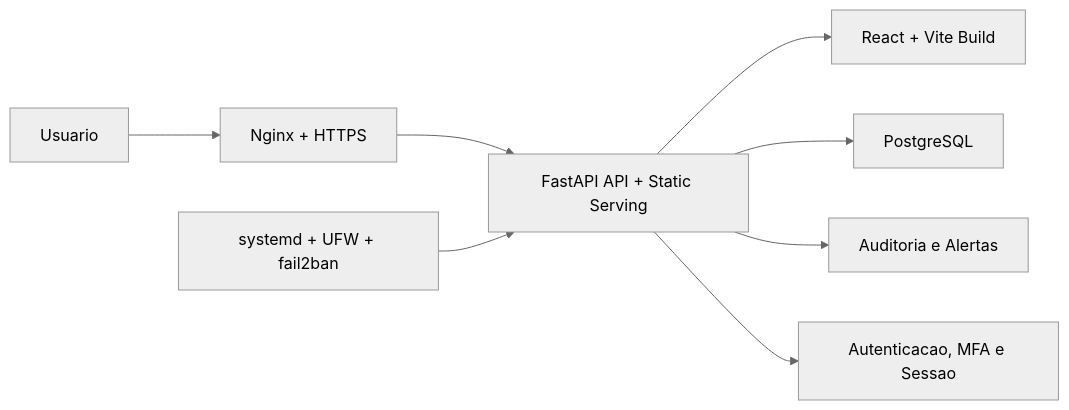
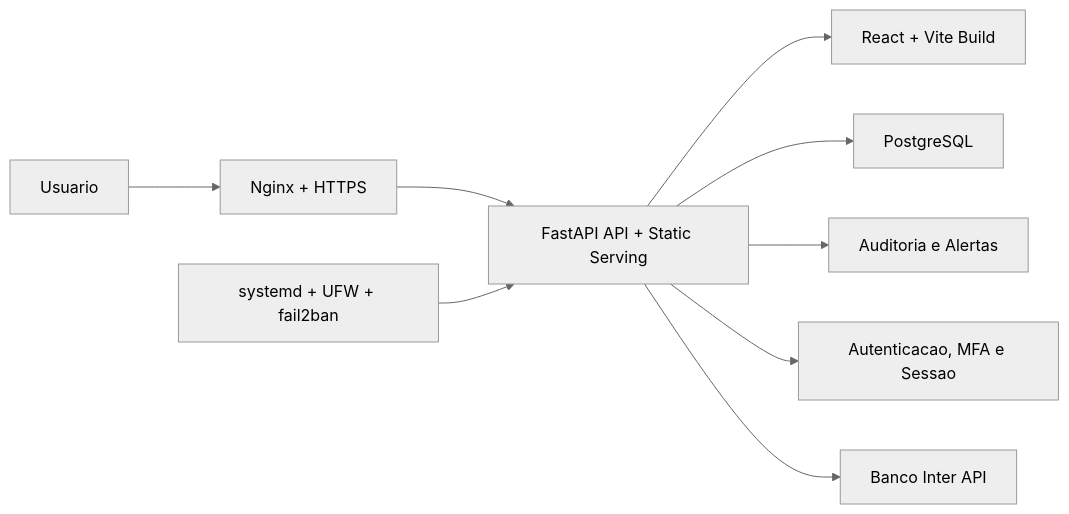
One commit to lucasmef/salomao changed the diagram in README.md. Above: the diagram before and after it, drawn with Mermaid (neutral theme). The commit also changed other lines of this file, not shown here.

Commit message:
docs: update readme with inter api integration

````diff
--- a/README.md
+++ b/README.md
@@ -61,10 +77,11 @@
 ```mermaid
 flowchart LR
     U["Usuario"] --> N["Nginx + HTTPS"]
     N --> B["FastAPI API + Static Serving"]
     B --> F["React + Vite Build"]
     B --> P["PostgreSQL"]
     B --> A["Auditoria e Alertas"]
     B --> S["Autenticacao, MFA e Sessao"]
+    B --> I["Banco Inter API"]
     O["systemd + UFW + fail2ban"] --> B
 ```
````
